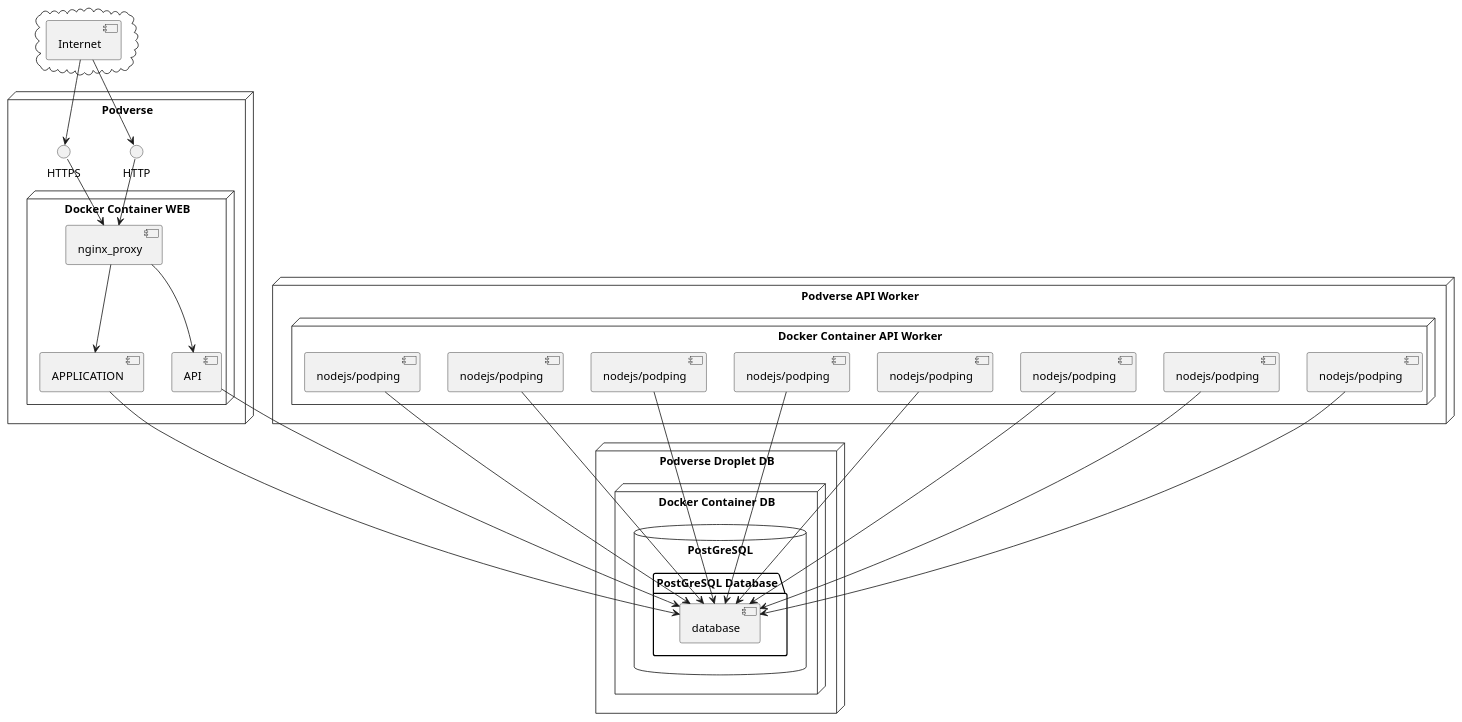
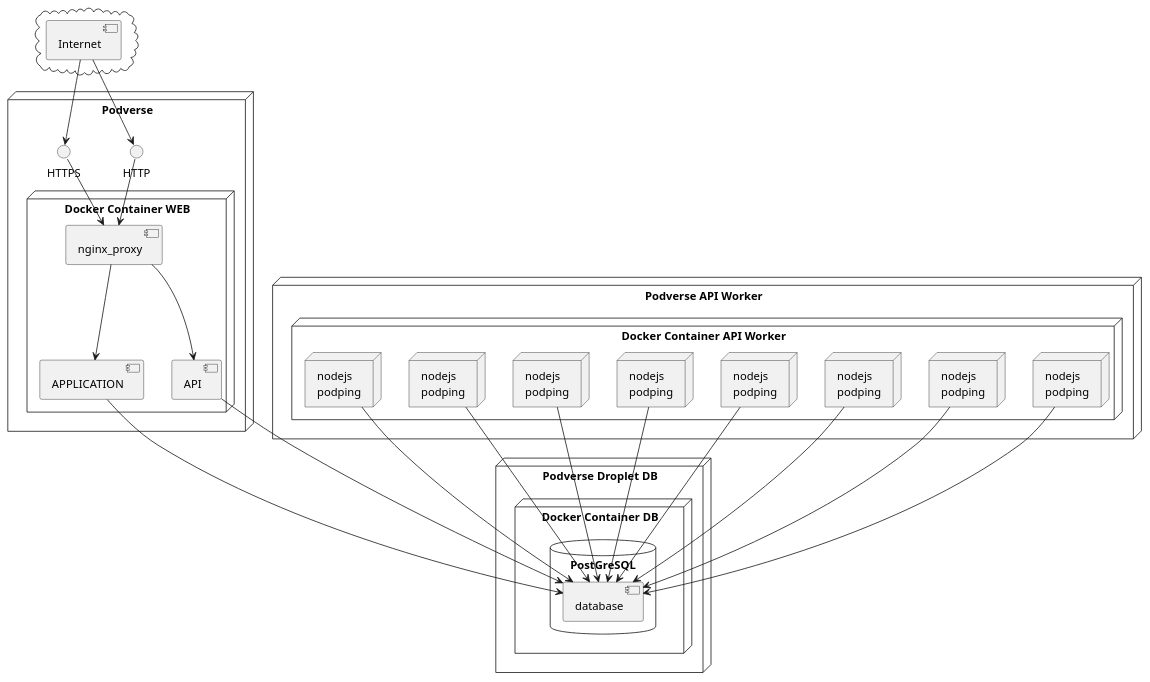
The diagram in diagrams/vps00.puml (podverse/podverse-ops), drawn with PlantUML before and after one commit. The commit also changed 1 other file, not shown here.

```diff
--- a/diagrams/vps00.puml
+++ b/diagrams/vps00.puml
@@ -1,69 +1,80 @@
 @startuml vps00
 
 cloud {
   [Internet]
 }
 
 node "Podverse" {
   [Internet] --> HTTP
   [Internet] --> HTTPS
 
+
   node "Docker Container WEB" {
-    HTTP --> [nginx_proxy]
-    HTTPS --> [nginx_proxy]
-    nginx_proxy --> [APPLICATION]
-    nginx_proxy --> [API]
+    [nginx_proxy]
+    [APPLICATION]
+    [API]
   }
 }
+
 node "Podverse Droplet DB" {
   node "Docker Container DB" {
     database "PostGreSQL" {
-      folder "PostGreSQL Database" {
-        [database]
-      }
+      [database]
     }
   }
 }
 node "Podverse API Worker" {
   node "Docker Container API Worker" {
-    component node0 [
-      nodejs/podping
+    node node0 [
+      nodejs
+      podping
     ]
-    component node1 [
-      nodejs/podping
+    node node1 [
+      nodejs
+      podping
     ]
-    component node2 [
-      nodejs/podping
+    node node2 [
+      nodejs
+      podping
     ]
-    component node3 [
-      nodejs/podping
+    node node3 [
+      nodejs
+      podping
     ]
-    component node4 [
-      nodejs/podping
+    node node4 [
+      nodejs
+      podping
     ]
-    component node5 [
-      nodejs/podping
+    node node5 [
+      nodejs
+      podping
     ]
-    component node6 [
-      nodejs/podping
+    node node6 [
+      nodejs
+      podping
     ]
-    component node7 [
-      nodejs/podping
+    node node7 [
+      nodejs
+      podping
     ]
   }
 }
 
 
+HTTP --> [nginx_proxy]
+HTTPS --> [nginx_proxy]
+nginx_proxy --> [APPLICATION]
+nginx_proxy --> [API]
 
 [API] --> [database]
 [APPLICATION] --> [database]
-[node0] -up-> [database]
+[node0] --> [database]
 [node1] --> [database]
 [node2] --> [database]
 [node3] --> [database]
 [node4] --> [database]
 [node5] --> [database]
 [node6] --> [database]
 [node7] --> [database]
 
 @enduml
```
